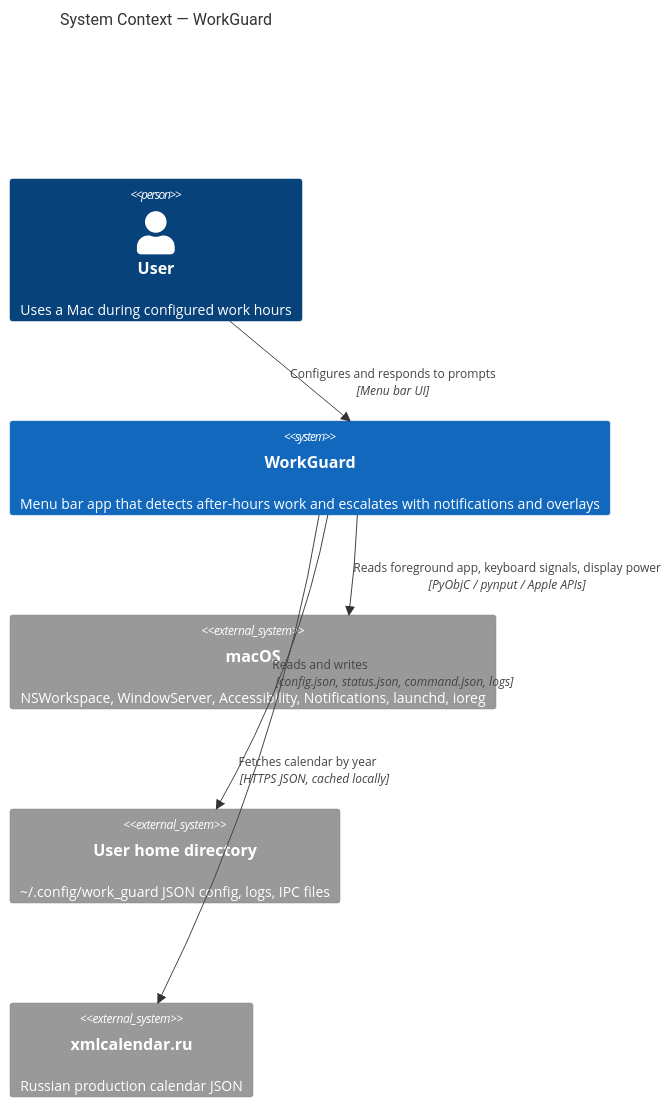
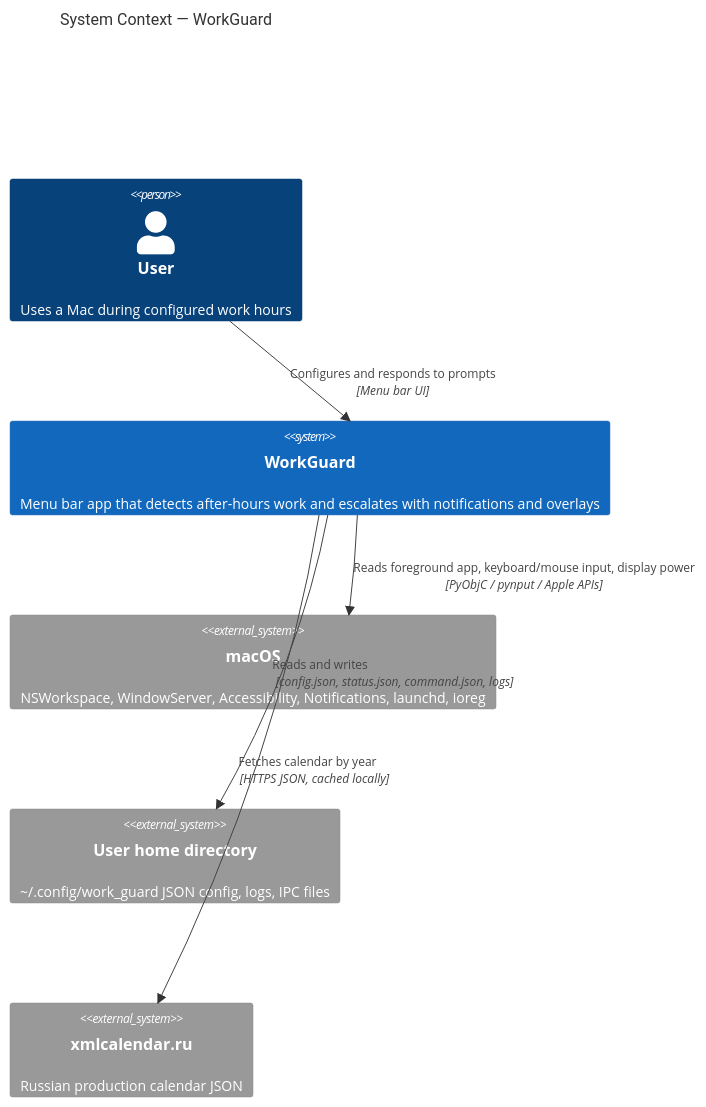
Before and after one commit to funkykesha/vibe: the diagram in work_guard/docs/architecture/c4-context.md, drawn with Mermaid. The commit also changed other lines of this file and 53 other files, not shown here.

````diff
--- a/work_guard/docs/architecture/c4-context.md
+++ b/work_guard/docs/architecture/c4-context.md
@@ -13,15 +13,15 @@
 ```mermaid
 C4Context
   title System Context — WorkGuard
 
   Person(user, "User", "Uses a Mac during configured work hours")
   System(workguard, "WorkGuard", "Menu bar app that detects after-hours work and escalates with notifications and overlays")
   System_Ext(macos, "macOS", "NSWorkspace, WindowServer, Accessibility, Notifications, launchd, ioreg")
   System_Ext(fs, "User home directory", "~/.config/work_guard JSON config, logs, IPC files")
   System_Ext(xmlcalendar, "xmlcalendar.ru", "Russian production calendar JSON")
 
   Rel(user, workguard, "Configures and responds to prompts", "Menu bar UI")
-  Rel(workguard, macos, "Reads foreground app, keyboard signals, display power", "PyObjC / pynput / Apple APIs")
+  Rel(workguard, macos, "Reads foreground app, keyboard/mouse input, display power", "PyObjC / pynput / Apple APIs")
   Rel(workguard, fs, "Reads and writes", "config.json, status.json, command.json, logs")
   Rel(workguard, xmlcalendar, "Fetches calendar by year", "HTTPS JSON, cached locally")
 ```
````
